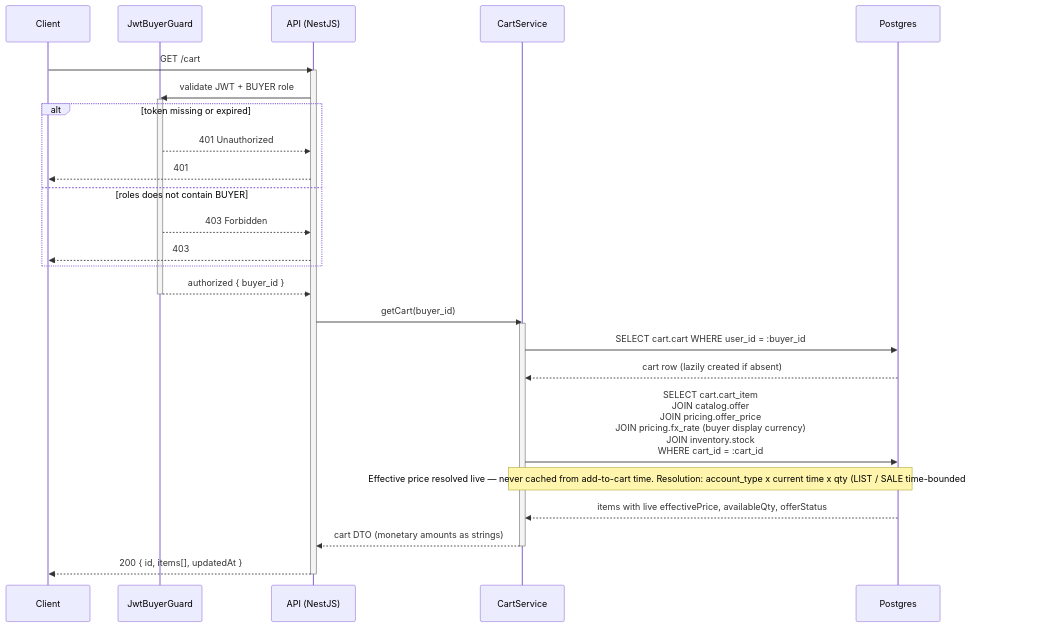
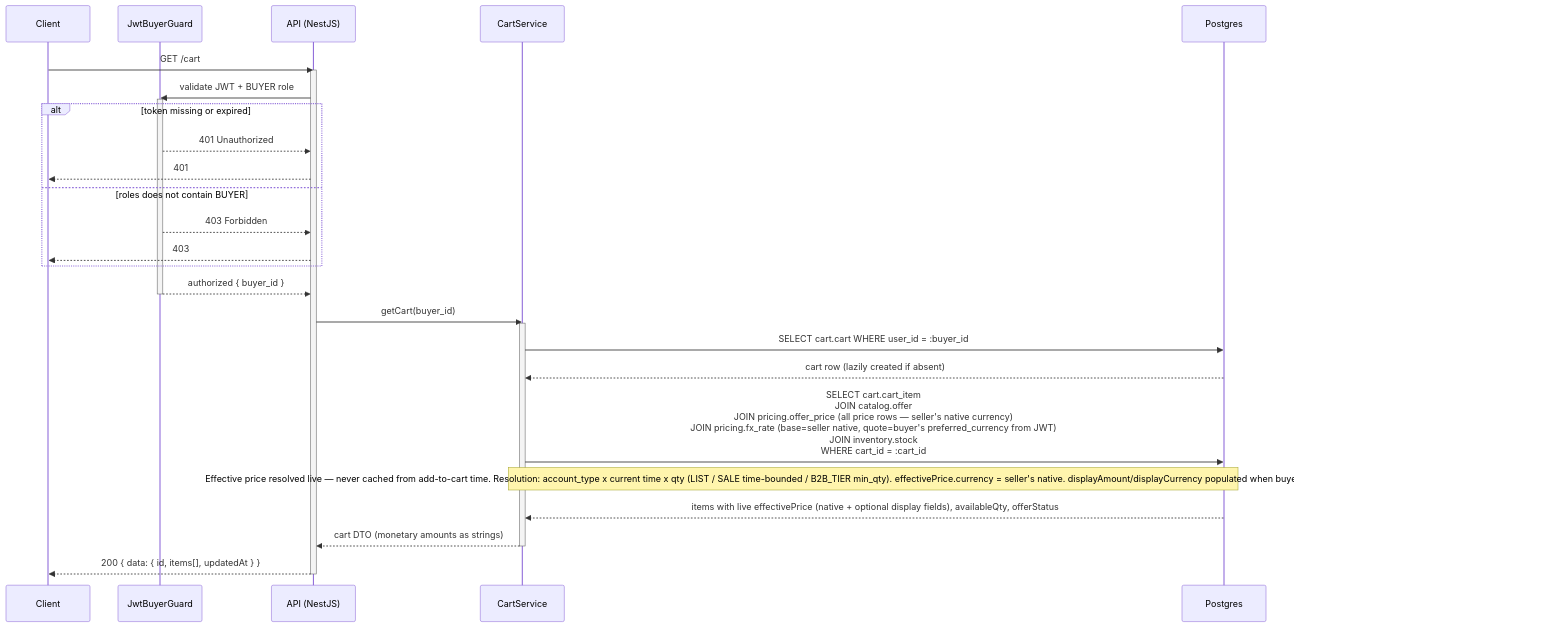
The first of 6 diagrams in phase-1/technical-design/api-design/cart.md (alisa-uthi/aliceut-ecom-document), drawn with Mermaid before and after one commit. The commit also changed other lines of this file and 22 other files, not shown here.

````diff
--- a/phase-1/technical-design/api-design/cart.md
+++ b/phase-1/technical-design/api-design/cart.md
@@ -68,33 +79,33 @@
 ```mermaid
 sequenceDiagram
     participant C as Client
     participant G as JwtBuyerGuard
     participant A as API (NestJS)
     participant S as CartService
     participant P as Postgres
 
     C->>A: GET /cart
     activate A
     A->>G: validate JWT + BUYER role
     activate G
     alt token missing or expired
         G-->>A: 401 Unauthorized
         A-->>C: 401
     else roles does not contain BUYER
         G-->>A: 403 Forbidden
         A-->>C: 403
     end
     G-->>A: authorized { buyer_id }
     deactivate G
     A->>S: getCart(buyer_id)
     activate S
     S->>P: SELECT cart.cart WHERE user_id = :buyer_id
     P-->>S: cart row (lazily created if absent)
-    S->>P: SELECT cart.cart_item<br/>JOIN catalog.offer<br/>JOIN pricing.offer_price<br/>JOIN pricing.fx_rate (buyer display currency)<br/>JOIN inventory.stock<br/>WHERE cart_id = :cart_id
-    Note over S,P: Effective price resolved live — never cached from add-to-cart time. Resolution: account_type x current time x qty (LIST / SALE time-bounded / B2B_TIER min_qty)
-    P-->>S: items with live effectivePrice, availableQty, offerStatus
+    S->>P: SELECT cart.cart_item<br/>JOIN catalog.offer<br/>JOIN pricing.offer_price (all price rows — seller's native currency)<br/>JOIN pricing.fx_rate (base=seller native, quote=buyer's preferred_currency from JWT)<br/>JOIN inventory.stock<br/>WHERE cart_id = :cart_id
+    Note over S,P: Effective price resolved live — never cached from add-to-cart time. Resolution: account_type x current time x qty (LIST / SALE time-bounded / B2B_TIER min_qty). effectivePrice.currency = seller's native. displayAmount/displayCurrency populated when buyer preferred_currency != seller native and FX rate available.
+    P-->>S: items with live effectivePrice (native + optional display fields), availableQty, offerStatus
     S-->>A: cart DTO (monetary amounts as strings)
     deactivate S
-    A-->>C: 200 { id, items[], updatedAt }
+    A-->>C: 200 { data: { id, items[], updatedAt } }
     deactivate A
 ```
````
